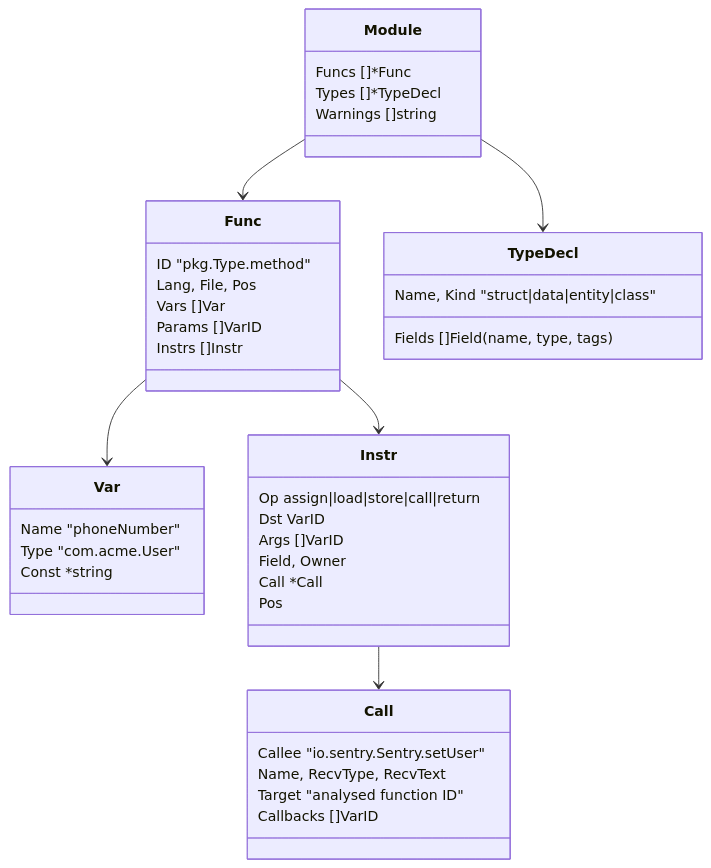
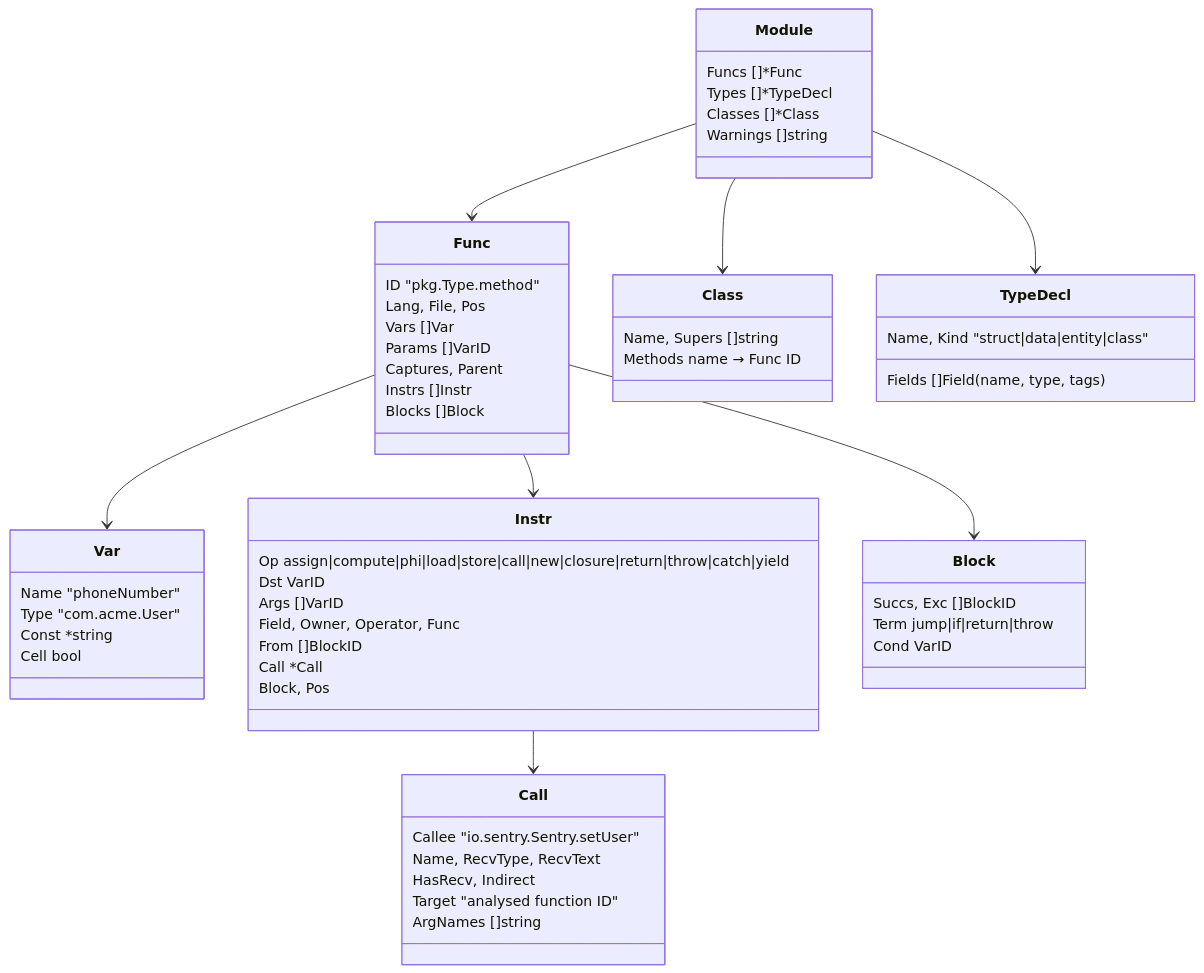
The third of 5 diagrams in docs/ARCHITECTURE.md (GoNetTools/datawarden), drawn with Mermaid before and after one commit. The commit also changed other lines of this file and 4 other files, not shown here.

````diff
--- a/docs/ARCHITECTURE.md
+++ b/docs/ARCHITECTURE.md
@@ -200,43 +200,60 @@
 ```mermaid
 classDiagram
     class Module {
         Funcs []*Func
         Types []*TypeDecl
+        Classes []*Class
         Warnings []string
     }
     class Func {
         ID  "pkg.Type.method"
         Lang, File, Pos
         Vars []Var
         Params []VarID
+        Captures, Parent
         Instrs []Instr
+        Blocks []Block
     }
     class Var {
         Name "phoneNumber"
         Type "com.acme.User"
         Const *string
+        Cell bool
     }
     class Instr {
-        Op assign|load|store|call|return
+        Op assign|compute|phi|load|store|call|new|closure|return|throw|catch|yield
         Dst VarID
         Args []VarID
-        Field, Owner
+        Field, Owner, Operator, Func
+        From []BlockID
         Call *Call
-        Pos
+        Block, Pos
+    }
+    class Block {
+        Succs, Exc []BlockID
+        Term jump|if|return|throw
+        Cond VarID
     }
     class Call {
         Callee "io.sentry.Sentry.setUser"
         Name, RecvType, RecvText
+        HasRecv, Indirect
         Target "analysed function ID"
-        Callbacks []VarID
+        ArgNames []string
+    }
+    class Class {
+        Name, Supers []string
+        Methods name → Func ID
     }
     class TypeDecl {
         Name, Kind "struct|data|entity|class"
         Fields []Field (name, type, tags)
     }
     Module --> Func
     Module --> TypeDecl
+    Module --> Class
     Func --> Var
     Func --> Instr
+    Func --> Block
     Instr --> Call
 ```
````
